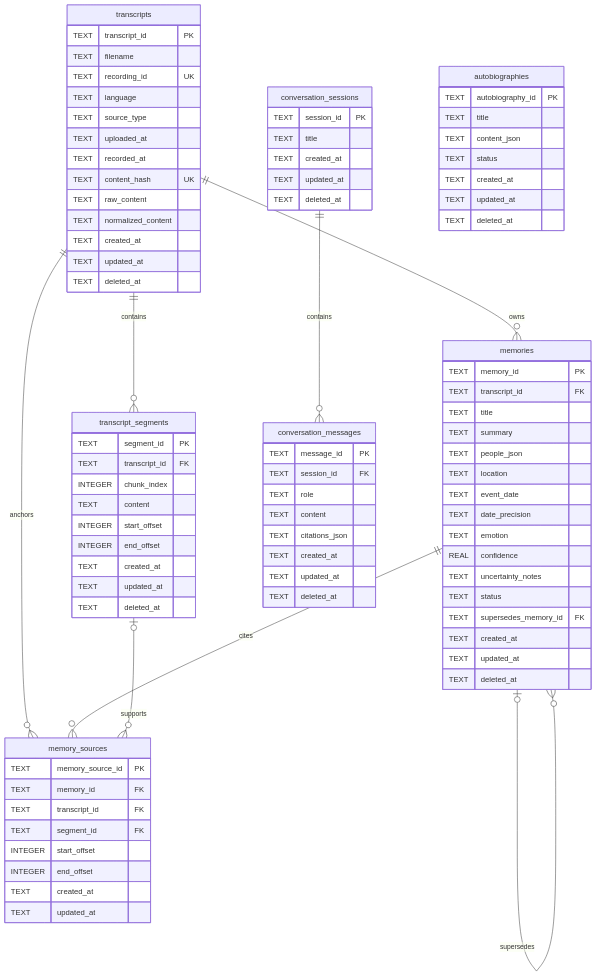
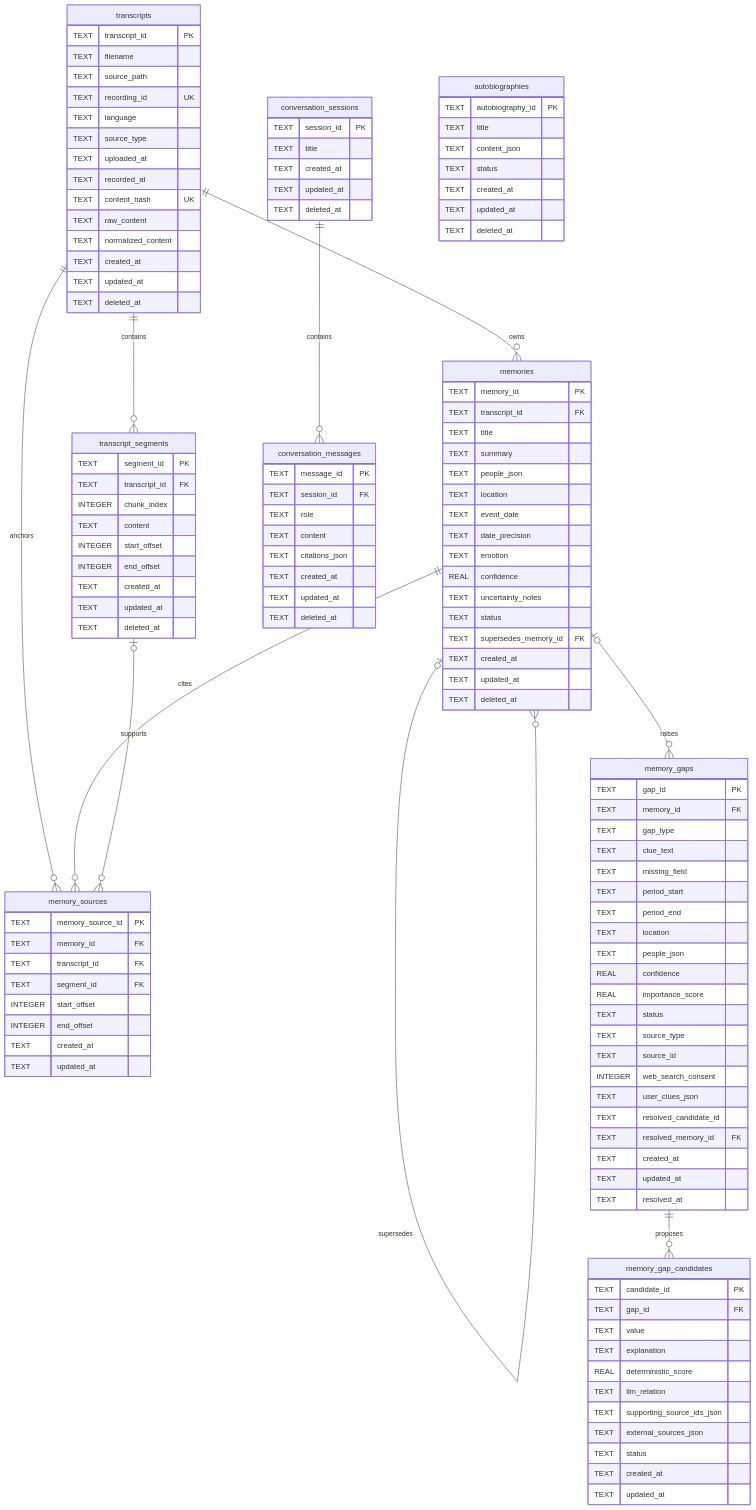
Before and after one commit to nnieun/life-archive-ai: the diagram in docs/ERD.md, drawn with Mermaid. The commit also changed other lines of this file and 8 other files, not shown here.

```diff
--- a/docs/ERD.md
+++ b/docs/ERD.md
@@ -12,11 +12,14 @@
     memories ||--o{ memory_sources : cites
     transcript_segments o|--o{ memory_sources : supports
     memories o|--o{ memories : supersedes
+    memories o|--o{ memory_gaps : raises
+    memory_gaps ||--o{ memory_gap_candidates : proposes
     conversation_sessions ||--o{ conversation_messages : contains
 
     transcripts {
         TEXT transcript_id PK
         TEXT filename
+        TEXT source_path
         TEXT recording_id UK
         TEXT language
         TEXT source_type
@@ -72,6 +75,44 @@
         TEXT updated_at
     }
 
+    memory_gaps {
+        TEXT gap_id PK
+        TEXT memory_id FK
+        TEXT gap_type
+        TEXT clue_text
+        TEXT missing_field
+        TEXT period_start
+        TEXT period_end
+        TEXT location
+        TEXT people_json
+        REAL confidence
+        REAL importance_score
+        TEXT status
+        TEXT source_type
+        TEXT source_id
+        INTEGER web_search_consent
+        TEXT user_clues_json
+        TEXT resolved_candidate_id
+        TEXT resolved_memory_id FK
+        TEXT created_at
+        TEXT updated_at
+        TEXT resolved_at
+    }
+
+    memory_gap_candidates {
+        TEXT candidate_id PK
+        TEXT gap_id FK
+        TEXT value
+        TEXT explanation
+        REAL deterministic_score
+        TEXT llm_relation
+        TEXT supporting_source_ids_json
+        TEXT external_sources_json
+        TEXT status
+        TEXT created_at
+        TEXT updated_at
+    }
+
     conversation_sessions {
         TEXT session_id PK
         TEXT title
```
